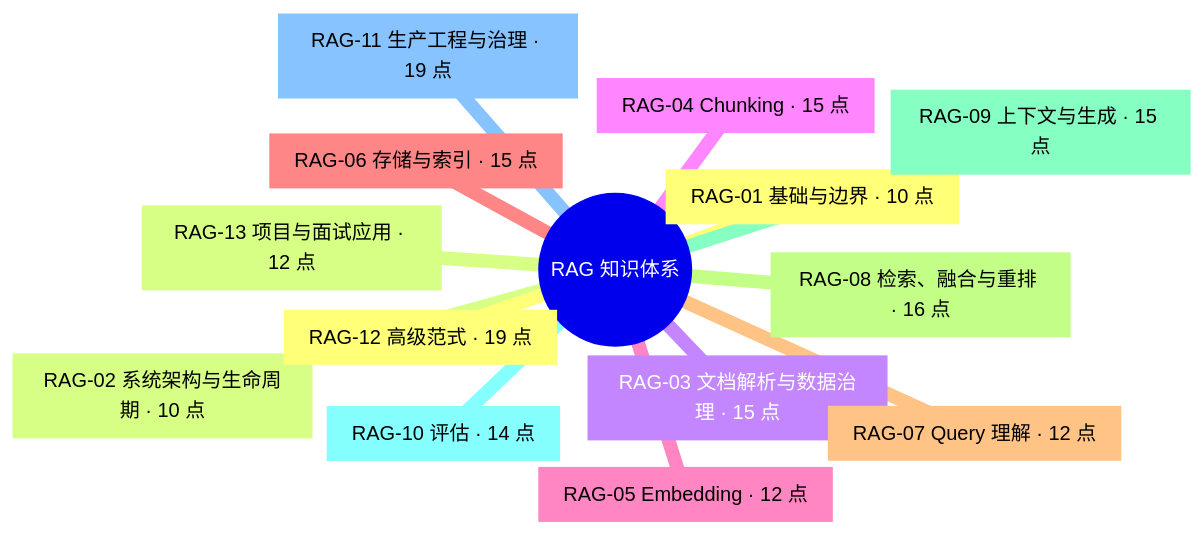
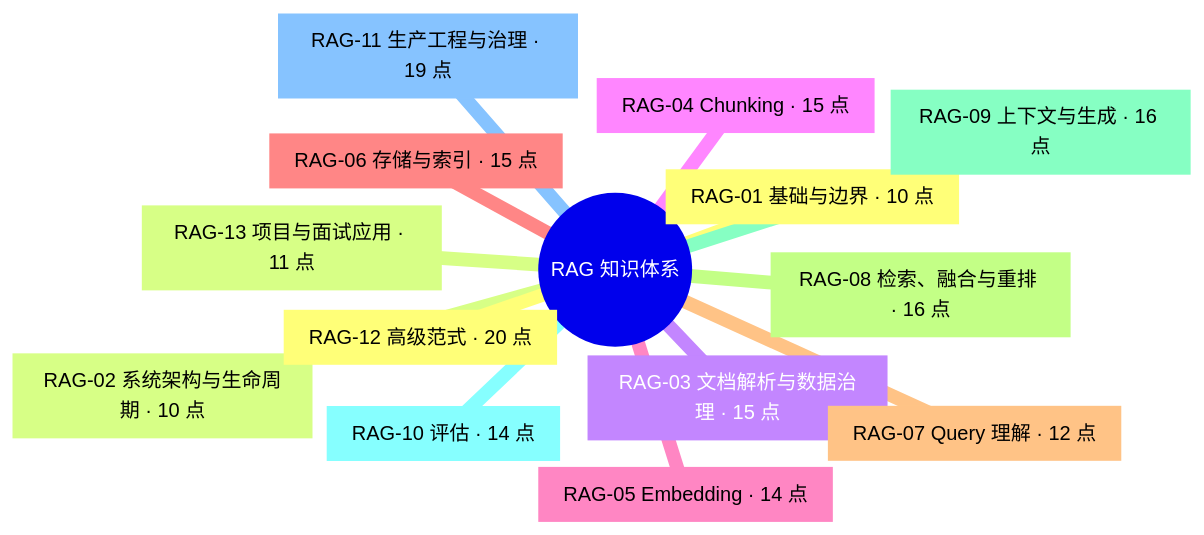
The diagram in learning/rag/draft-overview.md (SodaWWater/AI-Learn), drawn with Mermaid before and after one commit. The commit also changed 26 other files, not shown here.

````diff
--- a/learning/rag/draft-overview.md
+++ b/learning/rag/draft-overview.md
@@ -5,17 +5,17 @@
 ```mermaid
 mindmap
   root(("RAG 知识体系"))
     RAG_01["RAG-01 基础与边界 · 10 点"]
     RAG_02["RAG-02 系统架构与生命周期 · 10 点"]
     RAG_03["RAG-03 文档解析与数据治理 · 15 点"]
     RAG_04["RAG-04 Chunking · 15 点"]
-    RAG_05["RAG-05 Embedding · 12 点"]
+    RAG_05["RAG-05 Embedding · 14 点"]
     RAG_06["RAG-06 存储与索引 · 15 点"]
     RAG_07["RAG-07 Query 理解 · 12 点"]
     RAG_08["RAG-08 检索、融合与重排 · 16 点"]
-    RAG_09["RAG-09 上下文与生成 · 15 点"]
+    RAG_09["RAG-09 上下文与生成 · 16 点"]
     RAG_10["RAG-10 评估 · 14 点"]
     RAG_11["RAG-11 生产工程与治理 · 19 点"]
-    RAG_12["RAG-12 高级范式 · 19 点"]
-    RAG_13["RAG-13 项目与面试应用 · 12 点"]
+    RAG_12["RAG-12 高级范式 · 20 点"]
+    RAG_13["RAG-13 项目与面试应用 · 11 点"]
 ```
````
